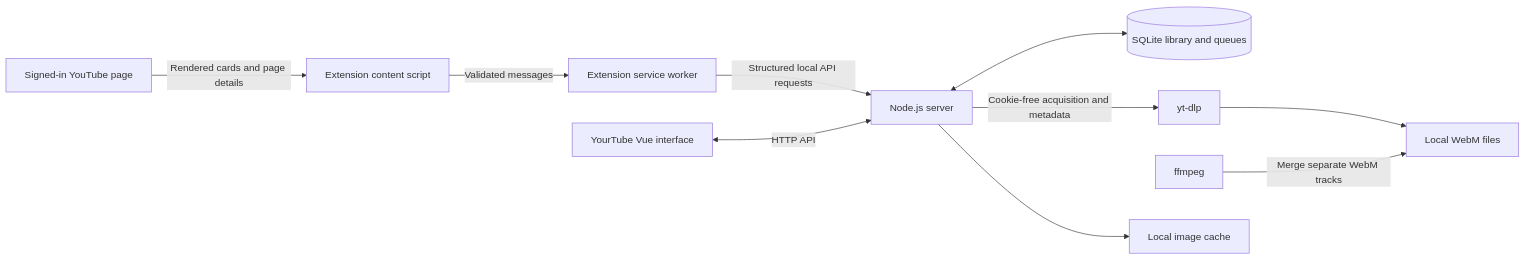
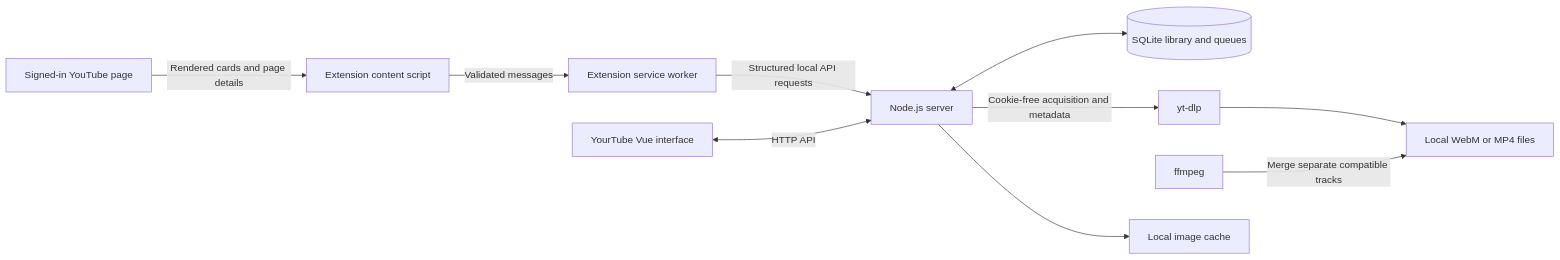
Before and after one commit to ava-sig/yourtube: the diagram in docs/ARCHITECTURE.md, drawn with Mermaid. The commit also changed other lines of this file and 7 other files, not shown here.

````diff
--- a/docs/ARCHITECTURE.md
+++ b/docs/ARCHITECTURE.md
@@ -7,12 +7,12 @@
 ```mermaid
 flowchart LR
   YT[Signed-in YouTube page] -->|Rendered cards and page details| CS[Extension content script]
   CS -->|Validated messages| BG[Extension service worker]
   BG -->|Structured local API requests| API[Node.js server]
   UI[YourTube Vue interface] <-->|HTTP API| API
   API <--> DB[(SQLite library and queues)]
   API -->|Cookie-free acquisition and metadata| YTDLP[yt-dlp]
-  YTDLP --> WEBM[Local WebM files]
-  FFMPEG[ffmpeg] -->|Merge separate WebM tracks| WEBM
+  YTDLP --> MEDIA[Local WebM or MP4 files]
+  FFMPEG[ffmpeg] -->|Merge separate compatible tracks| MEDIA
   API --> IMG[Local image cache]
 ```
````
